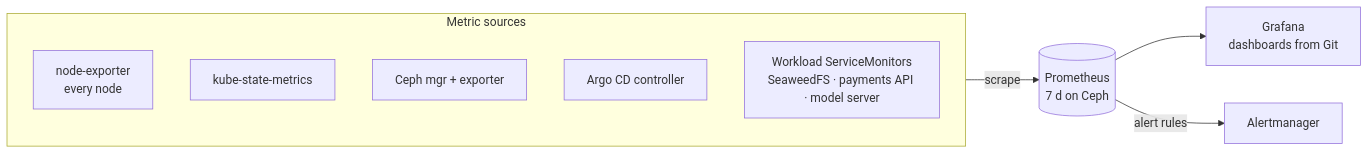
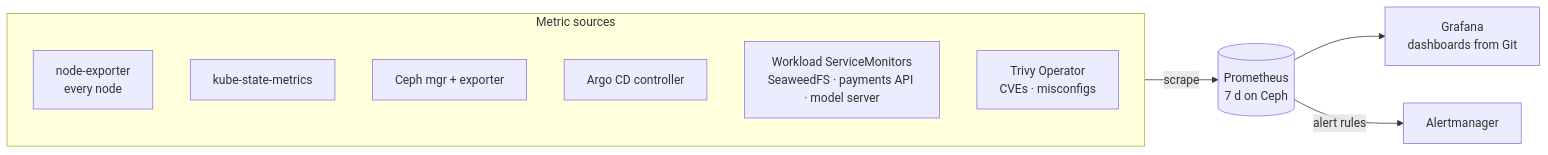
One commit to jstrebeck/Homelab-Configuration changed the second of 2 diagrams in README.md. Above: the diagram before and after it, drawn with Mermaid. The commit also changed other lines of this file and 11 other files, not shown here.

First line of the commit message:
Trivy Operator: in-cluster vulnerability and config scanning via Argo CD

````diff
--- a/README.md
+++ b/README.md
@@ -91,14 +93,15 @@
 ```mermaid
 flowchart LR
   subgraph sources[Metric sources]
     direction TB
     ne[node-exporter<br/>every node]
     ksm[kube-state-metrics]
     ceph[Ceph mgr + exporter]
     argo[Argo CD controller]
     apps[Workload ServiceMonitors<br/>SeaweedFS · payments API · model server]
+    trivy[Trivy Operator<br/>CVEs · misconfigs]
   end
   sources -- scrape --> prom[(Prometheus<br/>7 d on Ceph)]
   prom --> graf[Grafana<br/>dashboards from Git]
   prom -- alert rules --> am[Alertmanager]
 ```
````
